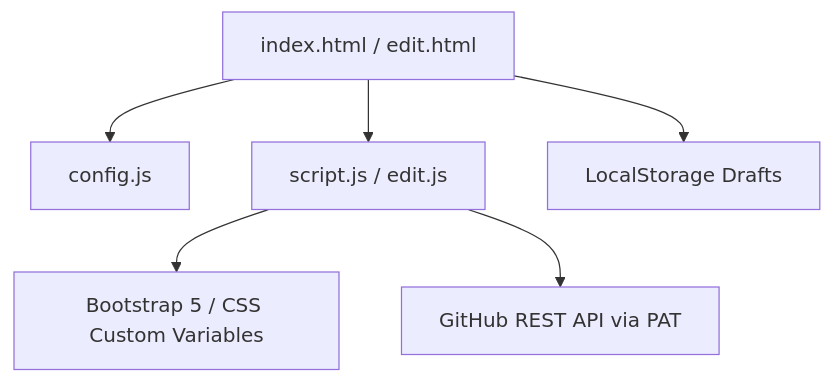
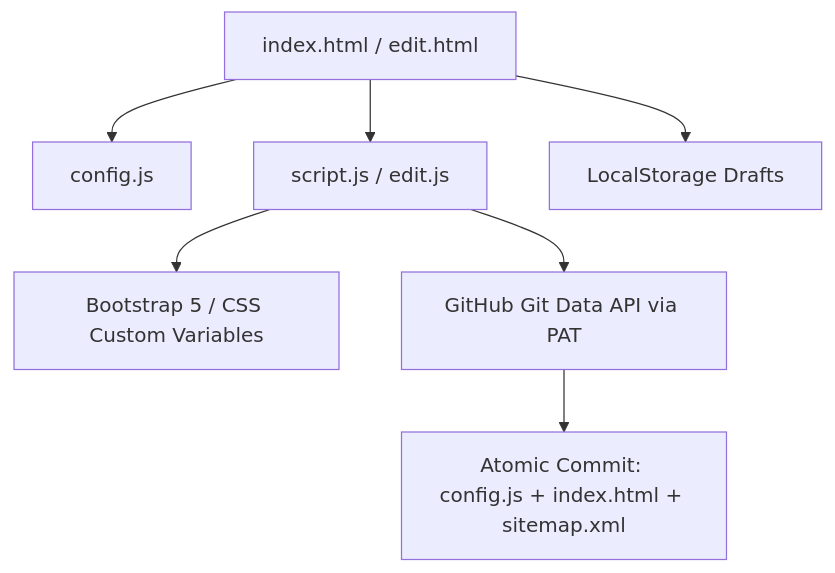
One commit to shazee-04/beacon changed the diagram in DOCUMENTATION.md. Above: the diagram before and after it, drawn with Mermaid. The commit also changed other lines of this file and 2 other files, not shown here.

````diff
--- a/DOCUMENTATION.md
+++ b/DOCUMENTATION.md
@@ -21,8 +22,9 @@
 ```mermaid
 graph TD
     A[index.html / edit.html] --> B[config.js]
     A --> C[script.js / edit.js]
     C --> D[Bootstrap 5 / CSS Custom Variables]
     A --> E[LocalStorage Drafts]
-    C --> F[GitHub REST API via PAT]
+    C --> F[GitHub Git Data API via PAT]
+    F --> G[Atomic Commit: config.js + index.html + sitemap.xml]
 ```
````
